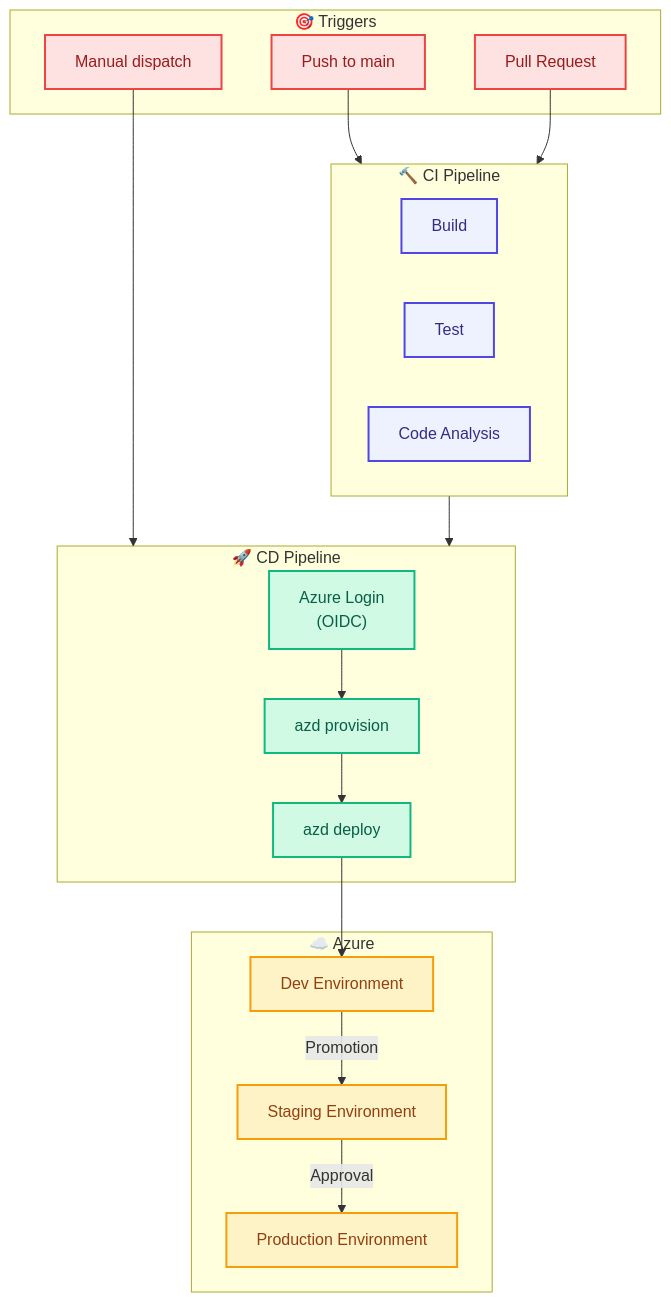
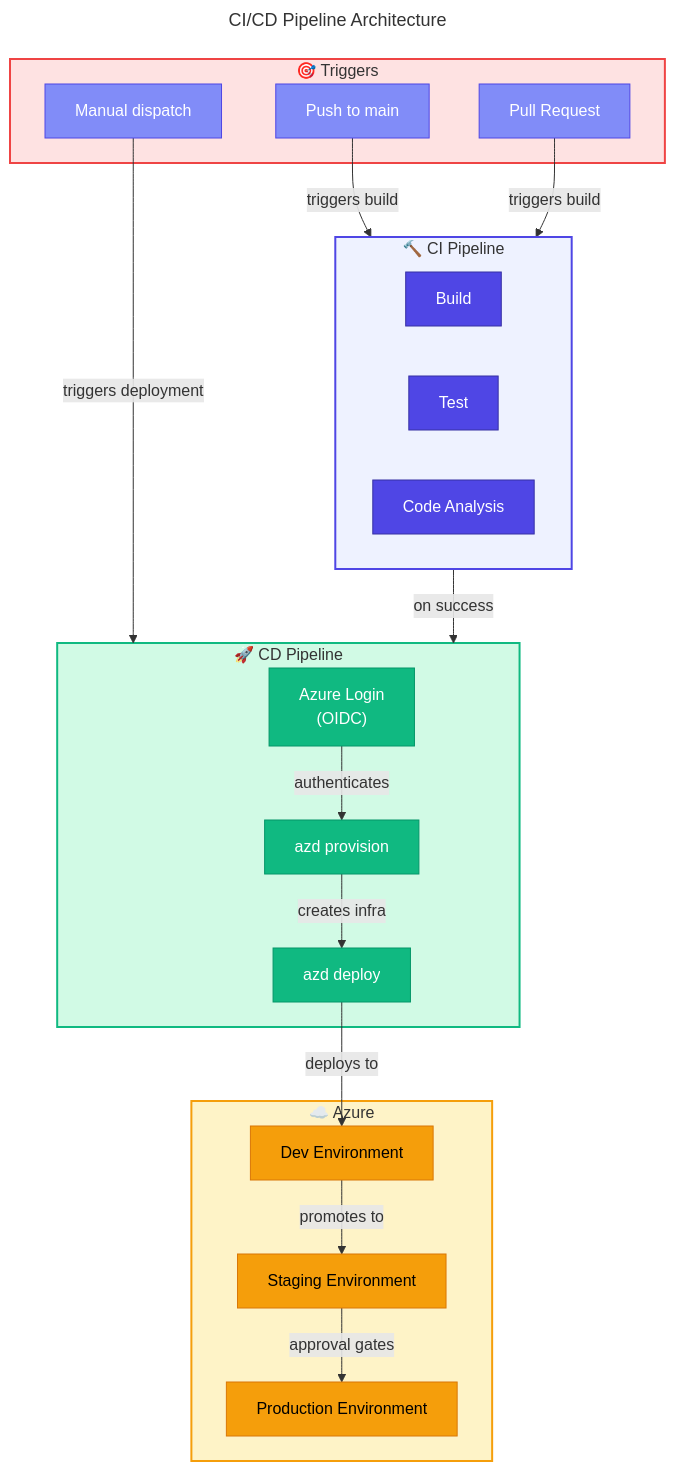
Before and after one commit to Evilazaro/Azure-LogicApps-Monitoring: the fourth of 6 diagrams in docs/architecture/07-deployment-architecture.md, drawn with Mermaid. The commit also changed other lines of this file, not shown here.

Commit message:
docs: Enhance mermaid diagrams in deployment architecture with titles and improved styling for better clarity and organization

````diff
--- a/docs/architecture/07-deployment-architecture.md
+++ b/docs/architecture/07-deployment-architecture.md
@@ -254,49 +297,64 @@
 ```mermaid
+---
+title: CI/CD Pipeline Architecture
+---
 flowchart TB
-    %% CI/CD Pipeline Architecture - Build, test, and deployment flow
-    subgraph Trigger["🎯 Triggers"]
+    %% ===== CLASS DEFINITIONS =====
+    classDef primary fill:#4F46E5,stroke:#3730A3,color:#FFFFFF
+    classDef secondary fill:#10B981,stroke:#059669,color:#FFFFFF
+    classDef datastore fill:#F59E0B,stroke:#D97706,color:#000000
+    classDef external fill:#6B7280,stroke:#4B5563,color:#FFFFFF,stroke-dasharray: 5 5
+    classDef failed fill:#F44336,stroke:#C62828,color:#FFFFFF
+    classDef trigger fill:#818CF8,stroke:#4F46E5,color:#FFFFFF
+    classDef decision fill:#FFFBEB,stroke:#F59E0B,color:#000000
+    classDef input fill:#F3F4F6,stroke:#6B7280,color:#000000
+
+    %% ===== TRIGGER SOURCES =====
+    subgraph TriggerGroup["🎯 Triggers"]
         Push["Push to main"]
         PR["Pull Request"]
         Manual["Manual dispatch"]
     end
+    style TriggerGroup fill:#FEE2E2,stroke:#EF4444,stroke-width:2px
 
+    %% ===== CI PIPELINE =====
     subgraph CI["🔨 CI Pipeline"]
         Build["Build"]
         Test["Test"]
         Analyze["Code Analysis"]
     end
+    style CI fill:#EEF2FF,stroke:#4F46E5,stroke-width:2px
 
+    %% ===== CD PIPELINE =====
     subgraph CD["🚀 CD Pipeline"]
         Login["Azure Login<br/>(OIDC)"]
         Provision["azd provision"]
         Deploy["azd deploy"]
     end
+    style CD fill:#D1FAE5,stroke:#10B981,stroke-width:2px
 
+    %% ===== AZURE ENVIRONMENTS =====
     subgraph Azure["☁️ Azure"]
         Dev["Dev Environment"]
         Staging["Staging Environment"]
         Prod["Production Environment"]
     end
+    style Azure fill:#FEF3C7,stroke:#F59E0B,stroke-width:2px
 
-    %% Pipeline flow
-    Push --> CI
-    PR --> CI
-    Manual --> CD
-    CI --> CD
-    Login --> Provision
-    Provision --> Deploy
-    Deploy --> Dev
-    Dev -->|"Promotion"| Staging
-    Staging -->|"Approval"| Prod
+    %% ===== PIPELINE CONNECTIONS =====
+    Push -->|"triggers build"| CI
+    PR -->|"triggers build"| CI
+    Manual -->|"triggers deployment"| CD
+    CI -->|"on success"| CD
+    Login -->|"authenticates"| Provision
+    Provision -->|"creates infra"| Deploy
+    Deploy -->|"deploys to"| Dev
+    Dev -->|"promotes to"| Staging
+    Staging -->|"approval gates"| Prod
 
-    %% Modern color palette - WCAG AA compliant
-    classDef trigger fill:#FEE2E2,stroke:#EF4444,stroke-width:2px,color:#991B1B
-    classDef ci fill:#EEF2FF,stroke:#4F46E5,stroke-width:2px,color:#312E81
-    classDef cd fill:#D1FAE5,stroke:#10B981,stroke-width:2px,color:#065F46
-    classDef azure fill:#FEF3C7,stroke:#F59E0B,stroke-width:2px,color:#92400E
-
+    %% ===== APPLY STYLES =====
     class Push,PR,Manual trigger
-    class Build,Test,Analyze ci
-    class Login,Provision,Deploy cd
-    class Dev,Staging,Prod azure
+    class Build,Test,Analyze primary
+    class Login,Provision,Deploy secondary
+    class Dev,Staging,Prod datastore
 ```
````
